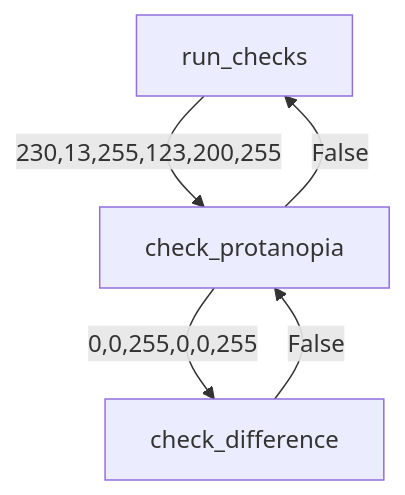
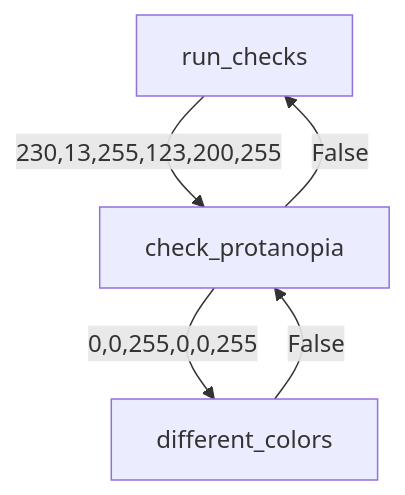
One commit to CS5001-khoury/hw03 changed the second of 8 diagrams in instructions/ColorTestorDesign.md. Above: the diagram before and after it, drawn with Mermaid. The commit also changed other lines of this file and 1 other file, not shown here.

````diff
--- a/instructions/ColorTestorDesign.md
+++ b/instructions/ColorTestorDesign.md
@@ -63,7 +63,7 @@
 ```mermaid
 flowchart TD
     run_checks -- 230,13,255,123,200,255 --> check_protanopia
-    check_protanopia -- 0,0,255,0,0,255 --> check_difference
-    check_difference -- False --> check_protanopia
+    check_protanopia -- 0,0,255,0,0,255 --> different_colors
+    different_colors -- False --> check_protanopia
     check_protanopia -- False --> run_checks
 ```
````
